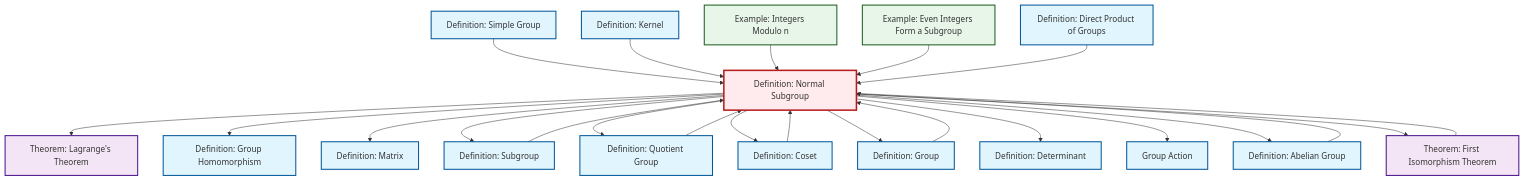
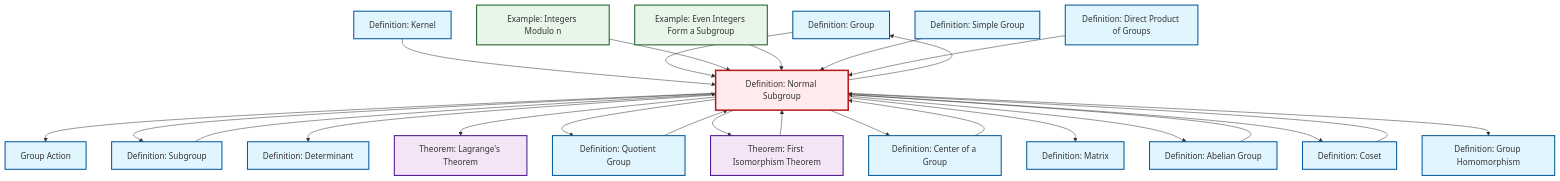
The diagram in content/en/algebra/def-normal-subgroup.qmd (RK0429/ModernMath), drawn with Mermaid before and after one commit. The commit also changed other lines of this file and 634 other files, not shown here.

````diff
--- a/content/en/algebra/def-normal-subgroup.qmd
+++ b/content/en/algebra/def-normal-subgroup.qmd
@@ -95,65 +96,69 @@
 ```{mermaid}
 %%| fig-cap: "Local dependency graph"
 graph TD
     classDef definition fill:#e1f5fe,stroke:#01579b,stroke-width:2px
     classDef theorem fill:#f3e5f5,stroke:#4a148c,stroke-width:2px
     classDef axiom fill:#fff3e0,stroke:#e65100,stroke-width:2px
     classDef example fill:#e8f5e9,stroke:#1b5e20,stroke-width:2px
     classDef current fill:#ffebee,stroke:#b71c1c,stroke-width:3px
-    def-normal-subgroup["Definition: Normal Subgroup"]:::definition
+    def-group["Definition: Group"]:::definition
     def-abelian-group["Definition: Abelian Group"]:::definition
     thm-lagrange["Theorem: Lagrange's Theorem"]:::theorem
-    def-group["Definition: Group"]:::definition
+    def-simple-group["Definition: Simple Group"]:::definition
+    def-center-of-group["Definition: Center of a Group"]:::definition
+    def-quotient-group["Definition: Quotient Group"]:::definition
+    def-subgroup["Definition: Subgroup"]:::definition
+    def-normal-subgroup["Definition: Normal Subgroup"]:::definition
+    ex-even-integers-subgroup["Example: Even Integers Form a Subgroup"]:::example
+    def-direct-product["Definition: Direct Product of Groups"]:::definition
+    ex-quotient-integers-mod-n["Example: Integers Modulo n"]:::example
     def-determinant["Definition: Determinant"]:::definition
+    def-group-action["Group Action"]:::definition
     def-kernel["Definition: Kernel"]:::definition
-    def-subgroup["Definition: Subgroup"]:::definition
+    def-homomorphism["Definition: Group Homomorphism"]:::definition
+    def-coset["Definition: Coset"]:::definition
+    def-matrix["Definition: Matrix"]:::definition
     thm-first-isomorphism["Theorem: First Isomorphism Theorem"]:::theorem
-    def-quotient-group["Definition: Quotient Group"]:::definition
-    ex-even-integers-subgroup["Example: Even Integers Form a Subgroup"]:::example
-    def-coset["Definition: Coset"]:::definition
-    ex-quotient-integers-mod-n["Example: Integers Modulo n"]:::example
-    def-homomorphism["Definition: Group Homomorphism"]:::definition
-    def-matrix["Definition: Matrix"]:::definition
-    def-simple-group["Definition: Simple Group"]:::definition
-    def-group-action["Group Action"]:::definition
-    def-direct-product["Definition: Direct Product of Groups"]:::definition
+    def-normal-subgroup --> def-group-action
+    def-normal-subgroup --> def-group
+    def-subgroup --> def-normal-subgroup
+    def-kernel --> def-normal-subgroup
+    def-group --> def-normal-subgroup
+    def-normal-subgroup --> def-subgroup
+    def-normal-subgroup --> def-determinant
     def-normal-subgroup --> thm-lagrange
+    def-coset --> def-normal-subgroup
+    def-quotient-group --> def-normal-subgroup
+    ex-quotient-integers-mod-n --> def-normal-subgroup
+    ex-even-integers-subgroup --> def-normal-subgroup
+    def-normal-subgroup --> def-quotient-group
+    def-normal-subgroup --> thm-first-isomorphism
+    def-abelian-group --> def-normal-subgroup
+    thm-first-isomorphism --> def-normal-subgroup
+    def-normal-subgroup --> def-center-of-group
+    def-normal-subgroup --> def-matrix
+    def-normal-subgroup --> def-abelian-group
     def-simple-group --> def-normal-subgroup
-    def-coset --> def-normal-subgroup
+    def-normal-subgroup --> def-coset
+    def-center-of-group --> def-normal-subgroup
+    def-direct-product --> def-normal-subgroup
     def-normal-subgroup --> def-homomorphism
-    def-abelian-group --> def-normal-subgroup
-    def-kernel --> def-normal-subgroup
-    def-normal-subgroup --> def-matrix
-    def-normal-subgroup --> def-subgroup
-    ex-quotient-integers-mod-n --> def-normal-subgroup
-    def-normal-subgroup --> def-quotient-group
-    thm-first-isomorphism --> def-normal-subgroup
-    def-normal-subgroup --> def-coset
-    def-quotient-group --> def-normal-subgroup
-    def-normal-subgroup --> def-group
-    ex-even-integers-subgroup --> def-normal-subgroup
-    def-group --> def-normal-subgroup
-    def-normal-subgroup --> def-determinant
-    def-subgroup --> def-normal-subgroup
-    def-normal-subgroup --> def-group-action
-    def-normal-subgroup --> def-abelian-group
-    def-direct-product --> def-normal-subgroup
-    def-normal-subgroup --> thm-first-isomorphism
     class def-normal-subgroup current
+    click def-group "def-group.html" "Go to Group definition"
     click def-abelian-group "def-abelian-group.html" "Go to Abelian Group definition"
     click thm-lagrange "thm-lagrange.html" "Go to Lagrange's Theorem theorem"
-    click def-group "def-group.html" "Go to Group definition"
+    click def-simple-group "def-simple-group.html" "Go to Simple Group definition"
+    click def-center-of-group "def-center-of-group.html" "Go to Center of a Group definition"
+    click def-quotient-group "def-quotient-group.html" "Go to Quotient Group definition"
+    click def-subgroup "def-subgroup.html" "Go to Subgroup definition"
+    click ex-even-integers-subgroup "ex-even-integers-subgroup.html" "Go to Even Integers Form a Subgroup example"
+    click def-direct-product "def-direct-product.html" "Go to Direct Product of Groups definition"
+    click ex-quotient-integers-mod-n "ex-quotient-integers-mod-n.html" "Go to Integers Modulo n example"
     click def-determinant "def-determinant.html" "Go to Determinant definition"
+    click def-group-action "def-group-action.html" "Go to Group Action"
     click def-kernel "def-kernel.html" "Go to Kernel definition"
-    click def-subgroup "def-subgroup.html" "Go to Subgroup definition"
+    click def-homomorphism "def-homomorphism.html" "Go to Group Homomorphism definition"
+    click def-coset "def-coset.html" "Go to Coset definition"
+    click def-matrix "def-matrix.html" "Go to Matrix definition"
     click thm-first-isomorphism "thm-first-isomorphism.html" "Go to First Isomorphism Theorem theorem"
-    click def-quotient-group "def-quotient-group.html" "Go to Quotient Group definition"
-    click ex-even-integers-subgroup "ex-even-integers-subgroup.html" "Go to Even Integers Form a Subgroup example"
-    click def-coset "def-coset.html" "Go to Coset definition"
-    click ex-quotient-integers-mod-n "ex-quotient-integers-mod-n.html" "Go to Integers Modulo n example"
-    click def-homomorphism "def-homomorphism.html" "Go to Group Homomorphism definition"
-    click def-matrix "def-matrix.html" "Go to Matrix definition"
-    click def-simple-group "def-simple-group.html" "Go to Simple Group definition"
-    click def-group-action "def-group-action.html" "Go to Group Action"
-    click def-direct-product "def-direct-product.html" "Go to Direct Product of Groups definition"
 ```
````
